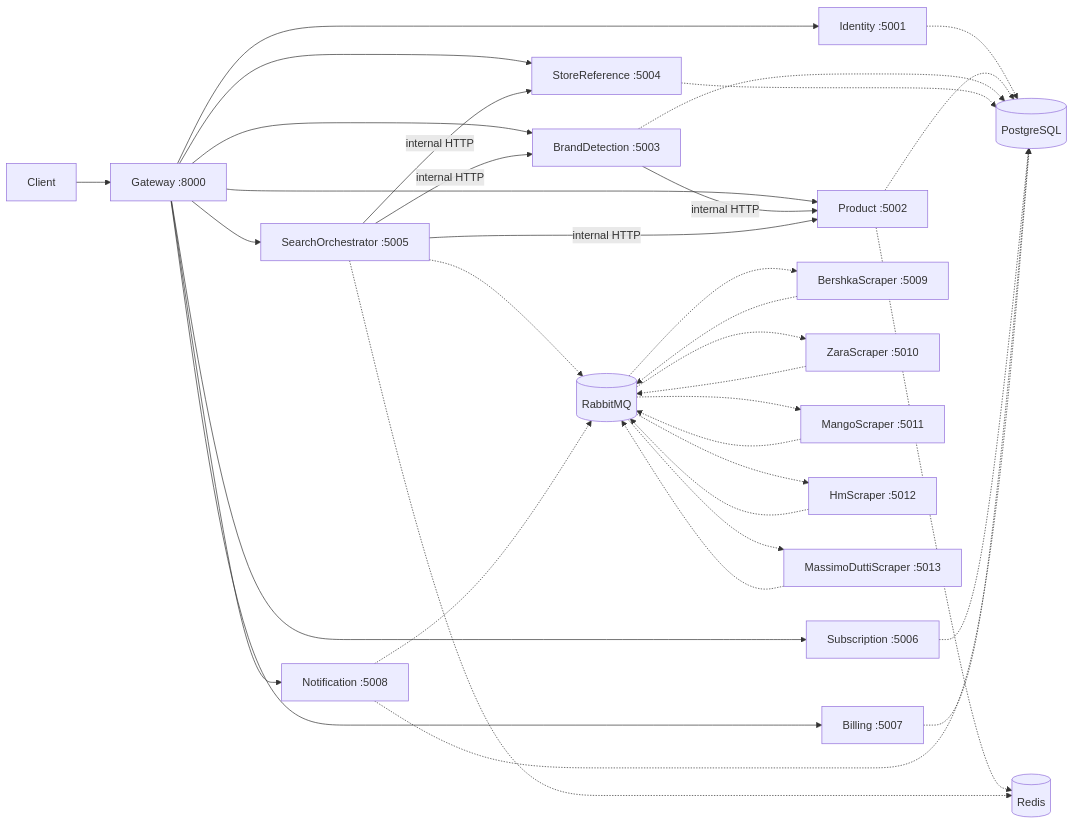
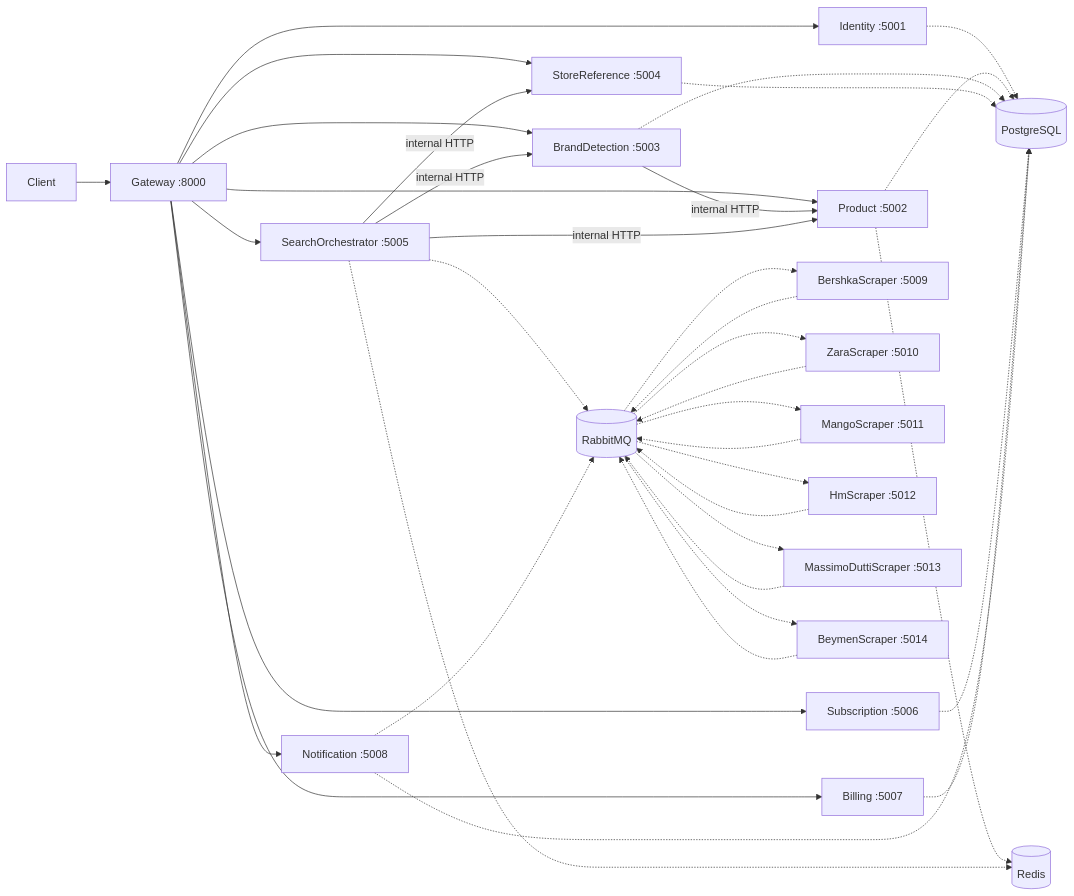
One commit to hnbirsen/StockTracker changed the diagram in README.md. Above: the diagram before and after it, drawn with Mermaid. The commit also changed other lines of this file and 23 other files, not shown here.

````diff
--- a/README.md
+++ b/README.md
@@ -25,41 +25,43 @@
 ```mermaid
 flowchart LR
     Client[Client] --> Gateway[Gateway :8000]
 
     Gateway --> Identity[Identity :5001]
     Gateway --> Product[Product :5002]
     Gateway --> Brand[BrandDetection :5003]
     Gateway --> Store[StoreReference :5004]
     Gateway --> Search[SearchOrchestrator :5005]
     Gateway --> Subscription[Subscription :5006]
     Gateway --> Billing[Billing :5007]
     Gateway --> Notification[Notification :5008]
 
     Brand -->|internal HTTP| Product
     Search -->|internal HTTP| Product
     Search -->|internal HTTP| Brand
     Search -->|internal HTTP| Store
 
     Identity -.-> PG[(PostgreSQL)]
     Product -.-> PG
     Brand -.-> PG
     Store -.-> PG
     Subscription -.-> PG
     Billing -.-> PG
     Notification -.-> PG
 
     Product -.-> Redis[(Redis)]
     Search -.-> Redis
     Search -.-> MQ[(RabbitMQ)]
     Notification -.-> MQ
     MQ -.-> Scraper[BershkaScraper :5009]
     Scraper -.-> MQ
     MQ -.-> ZaraScraper[ZaraScraper :5010]
     ZaraScraper -.-> MQ
     MQ -.-> MangoScraper[MangoScraper :5011]
     MangoScraper -.-> MQ
     MQ -.-> HmScraper[HmScraper :5012]
     HmScraper -.-> MQ
     MQ -.-> MassimoDuttiScraper[MassimoDuttiScraper :5013]
     MassimoDuttiScraper -.-> MQ
+    MQ -.-> BeymenScraper[BeymenScraper :5014]
+    BeymenScraper -.-> MQ
 ```
````
